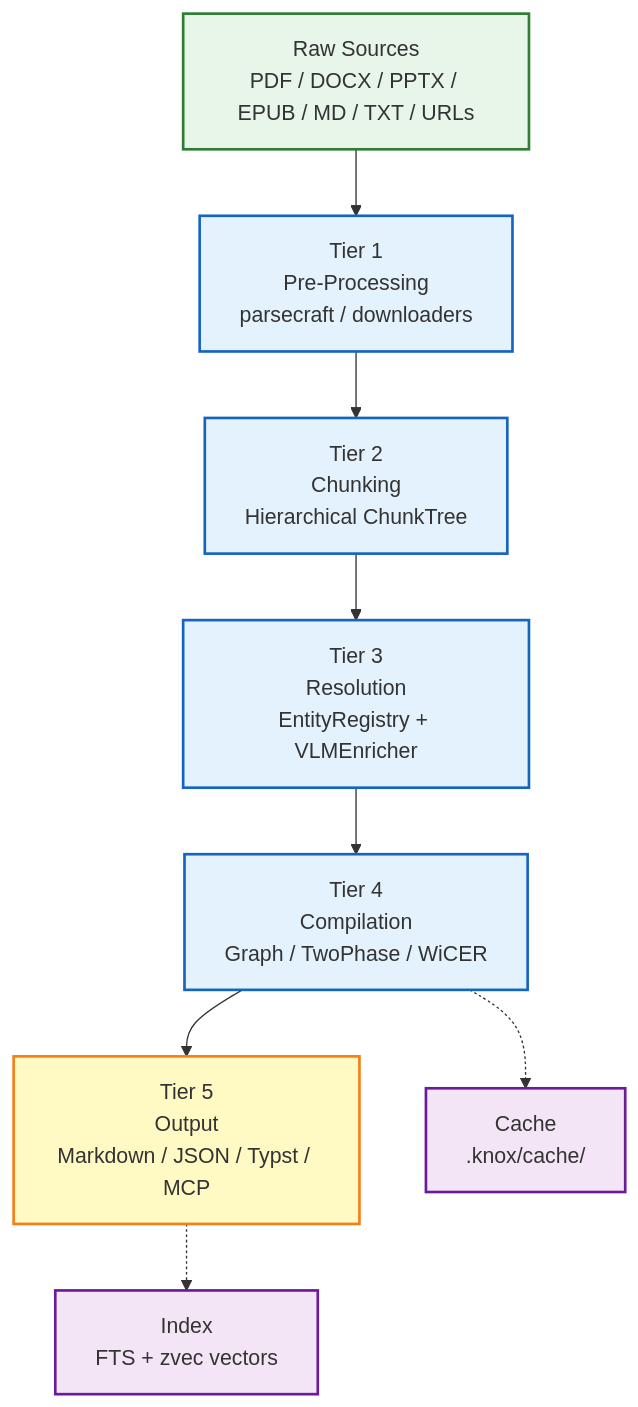
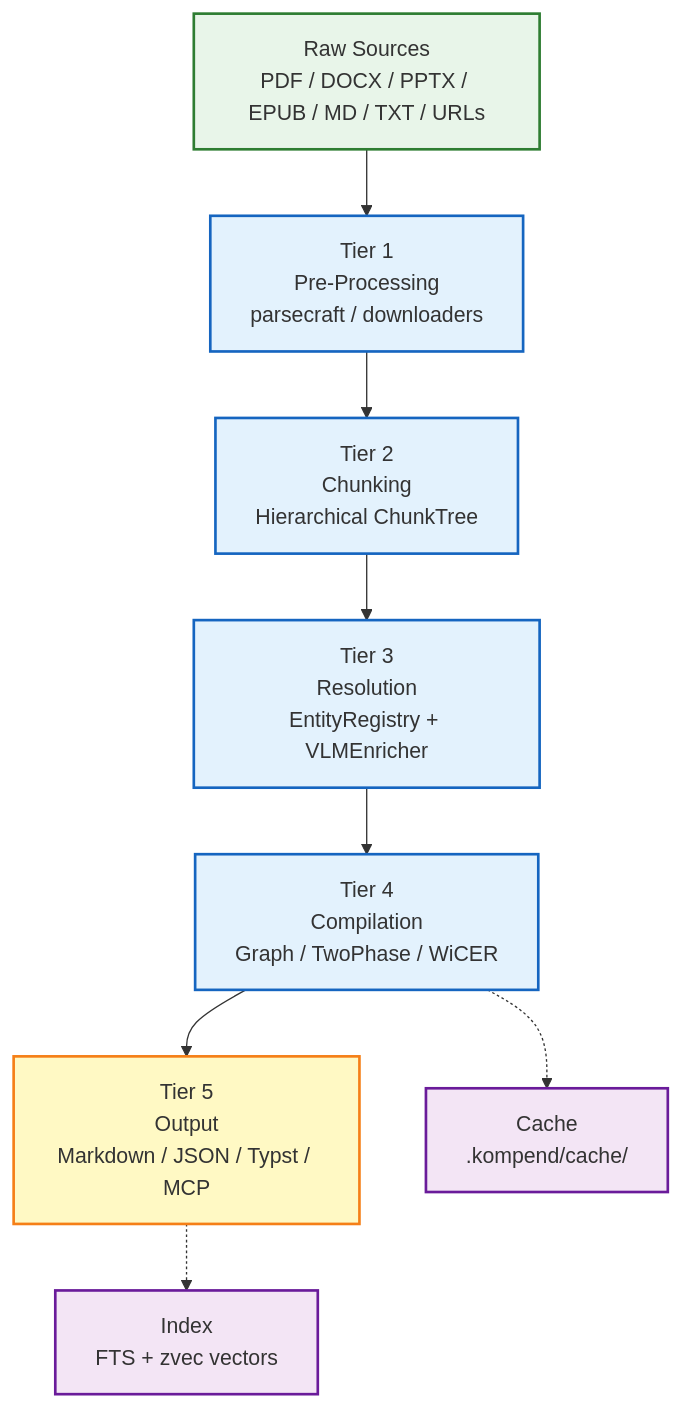
Before and after one commit to jr2804/kompend: the diagram in docs/architecture/index.md, drawn with Mermaid. The commit also changed other lines of this file and 943 other files, not shown here.

First line of the commit message:
refactor: rename knox to kompend

````diff
--- a/docs/architecture/index.md
+++ b/docs/architecture/index.md
@@ -9,29 +9,29 @@
 ```mermaid
 flowchart TD
     classDef source fill:#e8f5e9,stroke:#2e7d32,stroke-width:2px
     classDef process fill:#e3f2fd,stroke:#1565c0,stroke-width:2px
     classDef output fill:#fff9c4,stroke:#f57f17,stroke-width:2px
     classDef storage fill:#f3e5f5,stroke:#6a1b9a,stroke-width:2px
 
     SRC[Raw Sources<br/>PDF / DOCX / PPTX / EPUB / MD / TXT / URLs]
     T1[Tier 1<br/>Pre-Processing<br/>parsecraft / downloaders]
     T2[Tier 2<br/>Chunking<br/>Hierarchical ChunkTree]
     T3[Tier 3<br/>Resolution<br/>EntityRegistry + VLMEnricher]
     T4[Tier 4<br/>Compilation<br/>Graph / TwoPhase / WiCER]
     T5[Tier 5<br/>Output<br/>Markdown / JSON / Typst / MCP]
-    CACHE[Cache<br/>.knox/cache/]
+    CACHE[Cache<br/>.kompend/cache/]
     IDX[Index<br/>FTS + zvec vectors]
 
     SRC --> T1
     T1 --> T2
     T2 --> T3
     T3 --> T4
     T4 --> T5
     T4 -.-> CACHE
     T5 -.-> IDX
 
     class SRC source
     class T1,T2,T3,T4,T5 process
     class T5 output
     class CACHE,IDX storage
 ```
````
